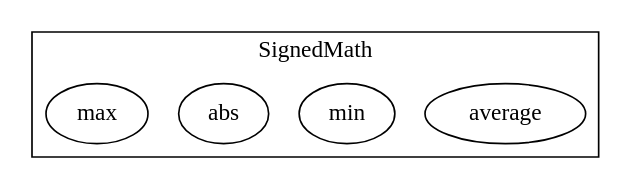
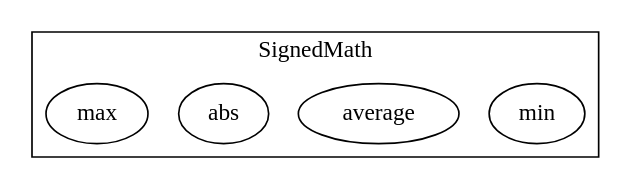
Before and after one commit to tenthirtyone/contracts-recent: the diagram in diagrams/SignedMath.call-graph.dot, drawn with Graphviz. The commit also changed 35 other files, not shown here.

Commit message:
refresh diagrams

```diff
--- a/diagrams/SignedMath.call-graph.dot
+++ b/diagrams/SignedMath.call-graph.dot
@@ -1,11 +1,11 @@
 strict digraph {
-subgraph cluster_3101_SignedMath {
+subgraph cluster_4355_SignedMath {
 label = "SignedMath"
-"3101_average" [label="average"]
-"3101_min" [label="min"]
-"3101_abs" [label="abs"]
-"3101_max" [label="max"]
+"4355_min" [label="min"]
+"4355_average" [label="average"]
+"4355_abs" [label="abs"]
+"4355_max" [label="max"]
 }subgraph cluster_solidity {
 label = "[Solidity]"
 }
 }
```
